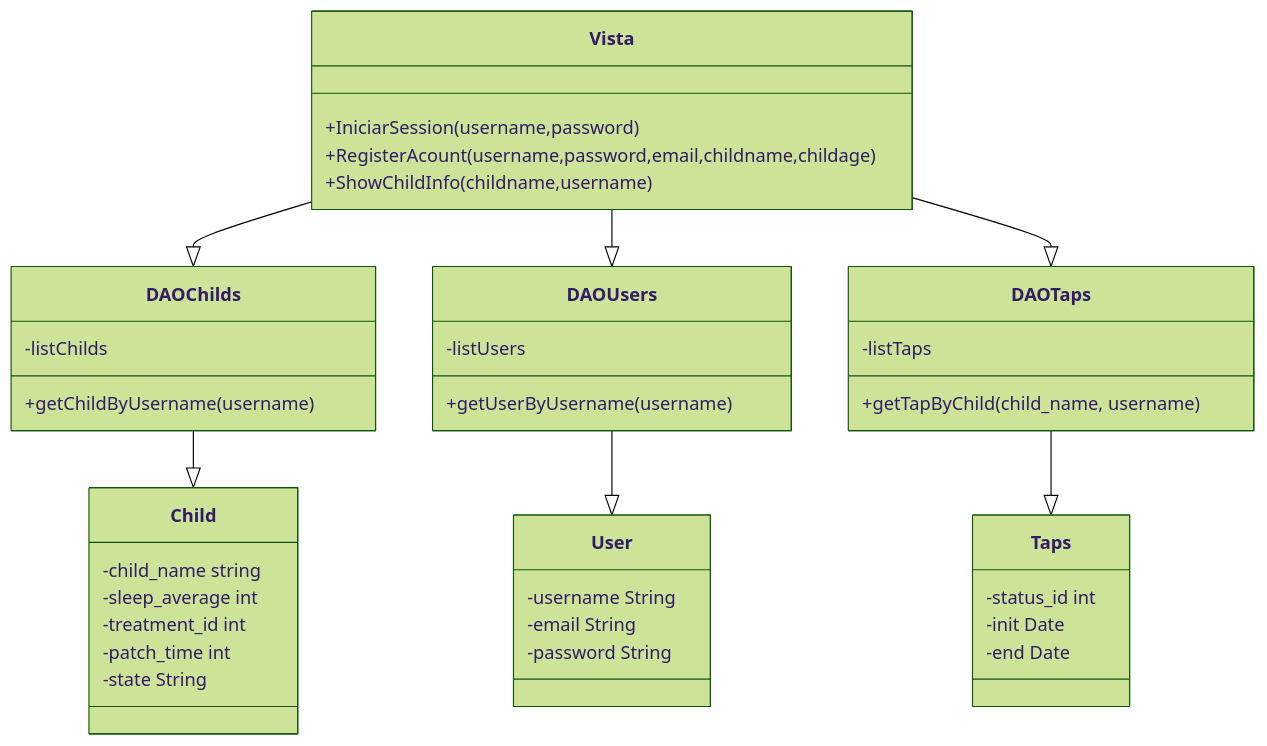
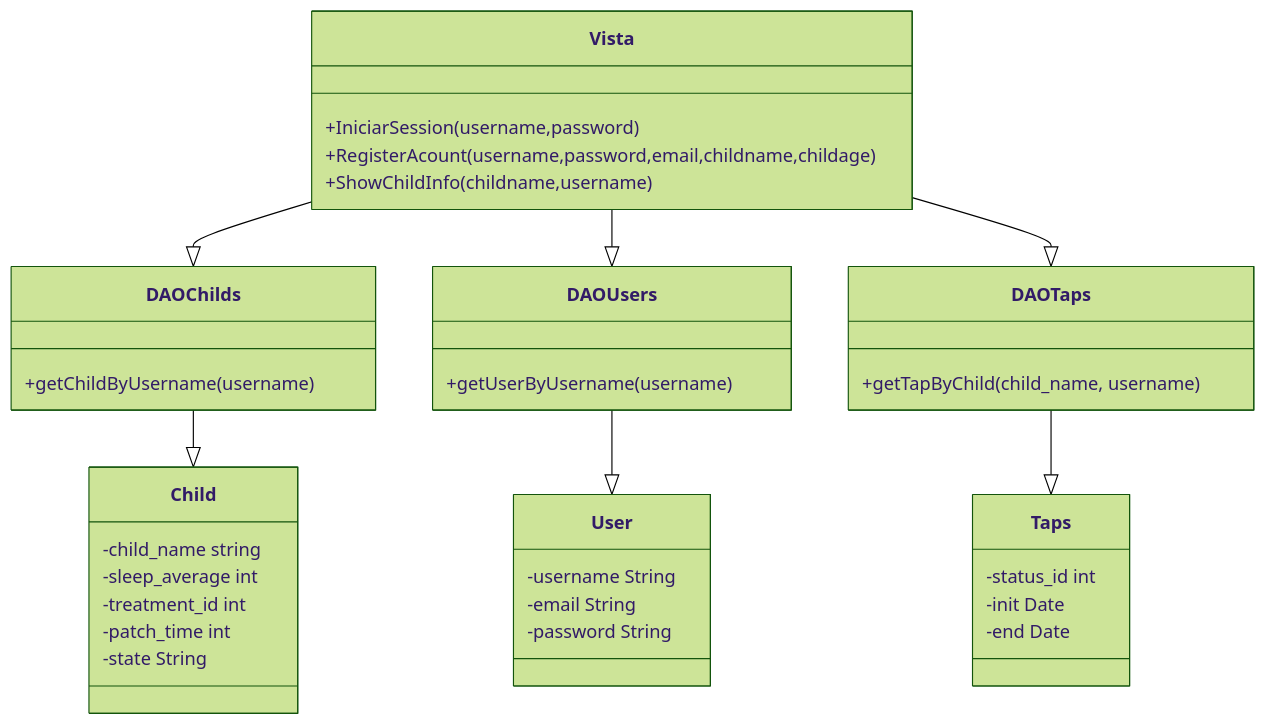
One commit to DNIXD/Tapatapp changed the diagram in Prototipo2/Diagramas/DiagramaClases.mermaid. Above: the diagram before and after it, drawn with Mermaid (forest theme). The commit also changed 2 other files, not shown here.

```diff
--- a/Prototipo2/Diagramas/DiagramaClases.mermaid
+++ b/Prototipo2/Diagramas/DiagramaClases.mermaid
@@ -1,42 +1,39 @@
 classDiagram
     Vista --|> DAOChilds
     Vista --|> DAOUsers
     Vista --|> DAOTaps
     DAOChilds --|> Child
     DAOUsers --|> User
     DAOTaps --|> Taps
 
     class Vista{
         +IniciarSession(username,password)
         +RegisterAcount(username,password,email,childname,childage)
         +ShowChildInfo(childname,username)
     }
     class DAOUsers{
-        -listUsers
         +getUserByUsername(username)
     }
     class DAOChilds{
-        -listChilds
         +getChildByUsername(username)
     }
     class DAOTaps{
-        -listTaps
         +getTapByChild(child_name, username)
     }
     class User{
         -username String
         -email String
         -password String
     }
     class Child{
         -child_name string
         -sleep_average int
         -treatment_id int
         -patch_time int
         -state String
     }
     class Taps{
         -status_id int
         -init Date
         -end Date
     }
```
